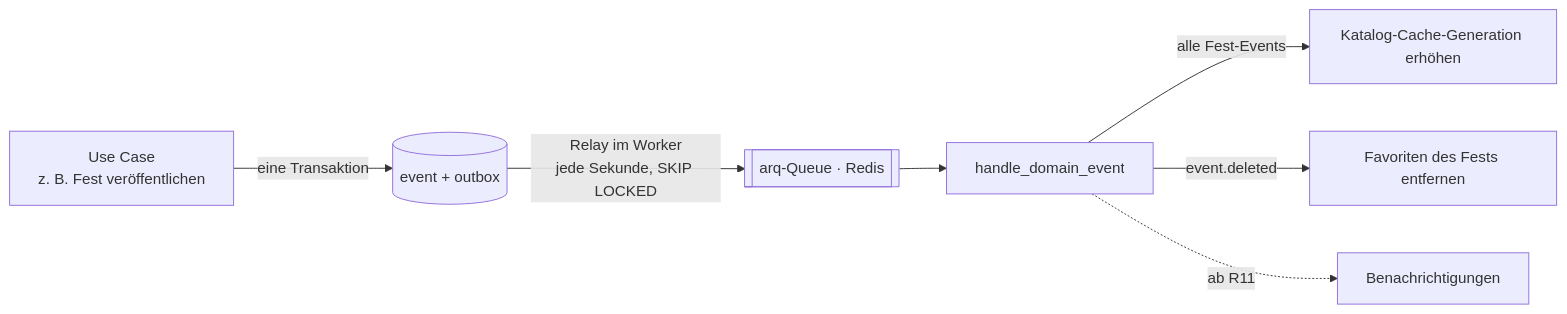
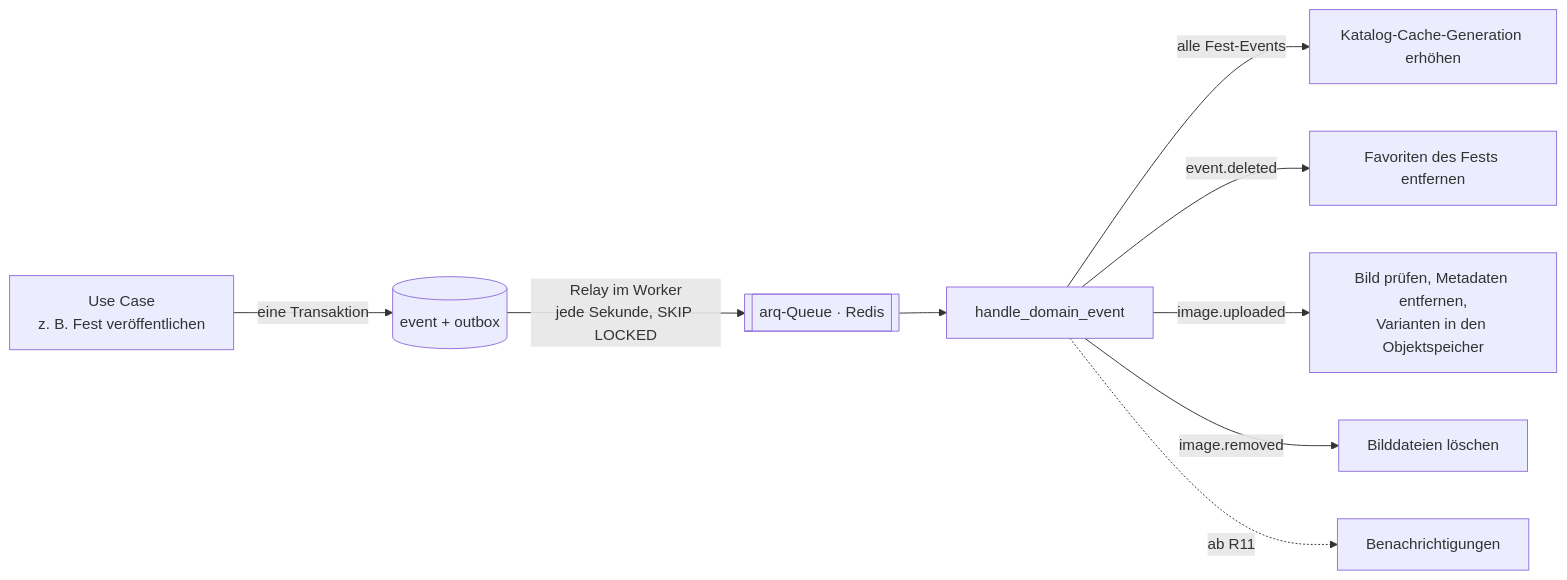
The second of 2 diagrams in 00-docs/20-architecture/system-architecture.md (Harpune/Stadtfest-Finder), drawn with Mermaid before and after one commit. The commit also changed other lines of this file and 10 other files, not shown here.

````diff
--- a/00-docs/20-architecture/system-architecture.md
+++ b/00-docs/20-architecture/system-architecture.md
@@ -71,9 +72,11 @@
 ```mermaid
 flowchart LR
   UC[Use Case<br/>z. B. Fest veröffentlichen] -->|eine Transaktion| DB[(event + outbox)]
   DB -->|Relay im Worker<br/>jede Sekunde, SKIP LOCKED| Q[[arq-Queue · Redis]]
   Q --> H[handle_domain_event]
   H -->|alle Fest-Events| C[Katalog-Cache-Generation erhöhen]
   H -->|event.deleted| F[Favoriten des Fests entfernen]
+  H -->|image.uploaded| I[Bild prüfen, Metadaten entfernen,<br/>Varianten in den Objektspeicher]
+  H -->|image.removed| R[Bilddateien löschen]
   H -.->|ab R11| N[Benachrichtigungen]
 ```
````
